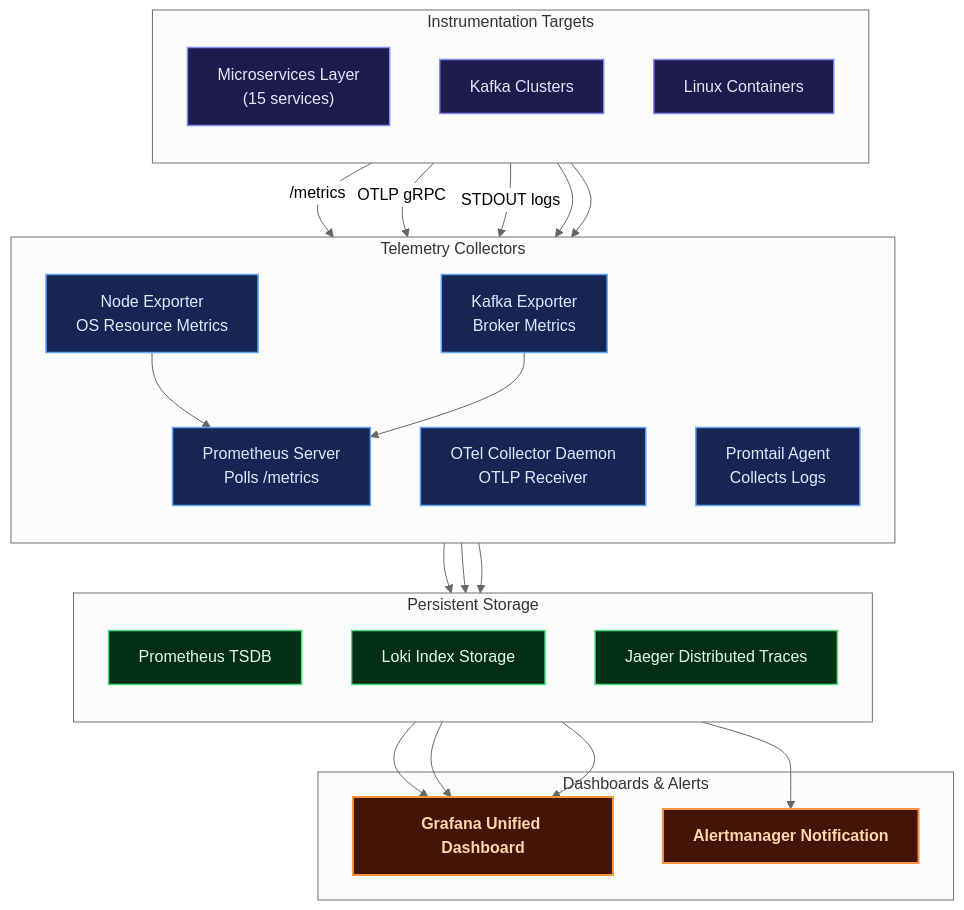
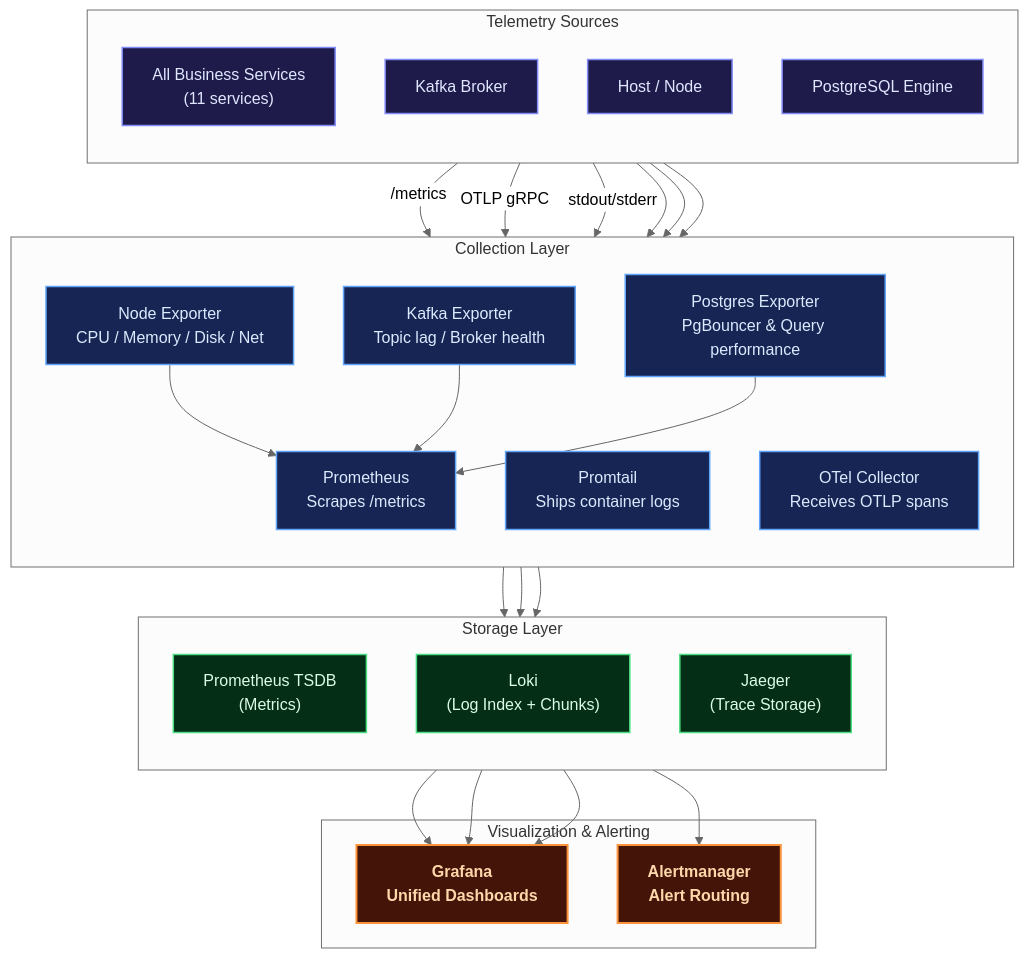
Before and after one commit to renaldyhidayatt/renaldyhidayatt.github.io: the sixth of 8 diagrams in src/content/portfolio/microservice-payment-gateway.mdx, drawn with Mermaid (neutral theme). The commit also changed other lines of this file and 19 other files, not shown here.

Commit message:
refactor: overhaul project documentation with detailed architectural summaries and expanded domain-driven service specifications

````diff
--- a/src/content/portfolio/microservice-payment-gateway.mdx
+++ b/src/content/portfolio/microservice-payment-gateway.mdx
@@ -345,52 +358,56 @@
 ```mermaid
 graph TB
     classDef service fill:#1e1b4b,stroke:#818cf8,color:#e0e7ff,stroke-width:1.5px
     classDef collector fill:#172554,stroke:#60a5fa,color:#dbeafe,stroke-width:1.5px
     classDef storage fill:#052e16,stroke:#4ade80,color:#dcfce7,stroke-width:1.5px
     classDef viz fill:#431407,stroke:#fb923c,color:#fed7aa,stroke-width:2px,font-weight:bold
 
-    subgraph Sources["Instrumentation Targets"]
+    subgraph Sources["Telemetry Sources"]
         direction TB
-        SERVICES["Microservices Layer<br/>(15 services)"]:::service
-        KAFKA_BROKER["Kafka Clusters"]:::service
-        OS_NODES["Linux Containers"]:::service
+        SVCS["All Business Services<br/>(11 services)"]:::service
+        KAFKA_SRC["Kafka Broker"]:::service
+        NODES["Host / Node"]:::service
+        DB_SRC["PostgreSQL Engine"]:::service
     end
 
-    subgraph Collectors["Telemetry Collectors"]
+    subgraph Collectors["Collection Layer"]
         direction TB
-        PROM["Prometheus Server<br/>Polls /metrics"]:::collector
-        OTEL["OTel Collector Daemon<br/>OTLP Receiver"]:::collector
-        PROMTAIL["Promtail Agent<br/>Collects Logs"]:::collector
-        NODEX["Node Exporter<br/>OS Resource Metrics"]:::collector
-        KAFKAX["Kafka Exporter<br/>Broker Metrics"]:::collector
+        PROM["Prometheus<br/>Scrapes /metrics"]:::collector
+        PROMTAIL["Promtail<br/>Ships container logs"]:::collector
+        OTEL["OTel Collector<br/>Receives OTLP spans"]:::collector
+        NODEX["Node Exporter<br/>CPU / Memory / Disk / Net"]:::collector
+        KAFKAX["Kafka Exporter<br/>Topic lag / Broker health"]:::collector
+        PGX["Postgres Exporter<br/>PgBouncer & Query performance"]:::collector
     end
 
-    subgraph Storage["Persistent Storage"]
+    subgraph Storage["Storage Layer"]
         direction TB
-        PROM_DB["Prometheus TSDB"]:::storage
-        LOKI_DB["Loki Index Storage"]:::storage
-        JAEGER_DB["Jaeger Distributed Traces"]:::storage
+        PROM_TSDB["Prometheus TSDB<br/>(Metrics)"]:::storage
+        LOKI_STORE["Loki<br/>(Log Index + Chunks)"]:::storage
+        JAEGER_STORE["Jaeger<br/>(Trace Storage)"]:::storage
     end
 
-    subgraph Visualization["Dashboards & Alerts"]
-        GRAFANA["Grafana Unified Dashboard"]:::viz
-        ALERTMGR["Alertmanager Notification"]:::viz
+    subgraph Visualization["Visualization & Alerting"]
+        GRAFANA["Grafana<br/>Unified Dashboards"]:::viz
+        ALERTMGR["Alertmanager<br/>Alert Routing"]:::viz
     end
 
-    SERVICES -->|"/metrics"| PROM
-    SERVICES -->|"OTLP gRPC"| OTEL
-    SERVICES -->|"STDOUT logs"| PROMTAIL
-    OS_NODES --> NODEX
-    KAFKA_BROKER --> KAFKAX
+    SVCS -->|"/metrics"| PROM
+    SVCS -->|"OTLP gRPC"| OTEL
+    SVCS -->|"stdout/stderr"| PROMTAIL
+    NODES --> NODEX
+    KAFKA_SRC --> KAFKAX
+    DB_SRC --> PGX
 
     NODEX --> PROM
     KAFKAX --> PROM
-    PROM --> PROM_DB
-    PROMTAIL --> LOKI_DB
-    OTEL --> JAEGER_DB
+    PGX --> PROM
+    PROM --> PROM_TSDB
+    PROMTAIL --> LOKI_STORE
+    OTEL --> JAEGER_STORE
 
-    PROM_DB --> GRAFANA
-    LOKI_DB --> GRAFANA
-    JAEGER_DB --> GRAFANA
-    PROM_DB --> ALERTMGR
+    PROM_TSDB --> GRAFANA
+    LOKI_STORE --> GRAFANA
+    JAEGER_STORE --> GRAFANA
+    PROM_TSDB --> ALERTMGR
 ```
````
